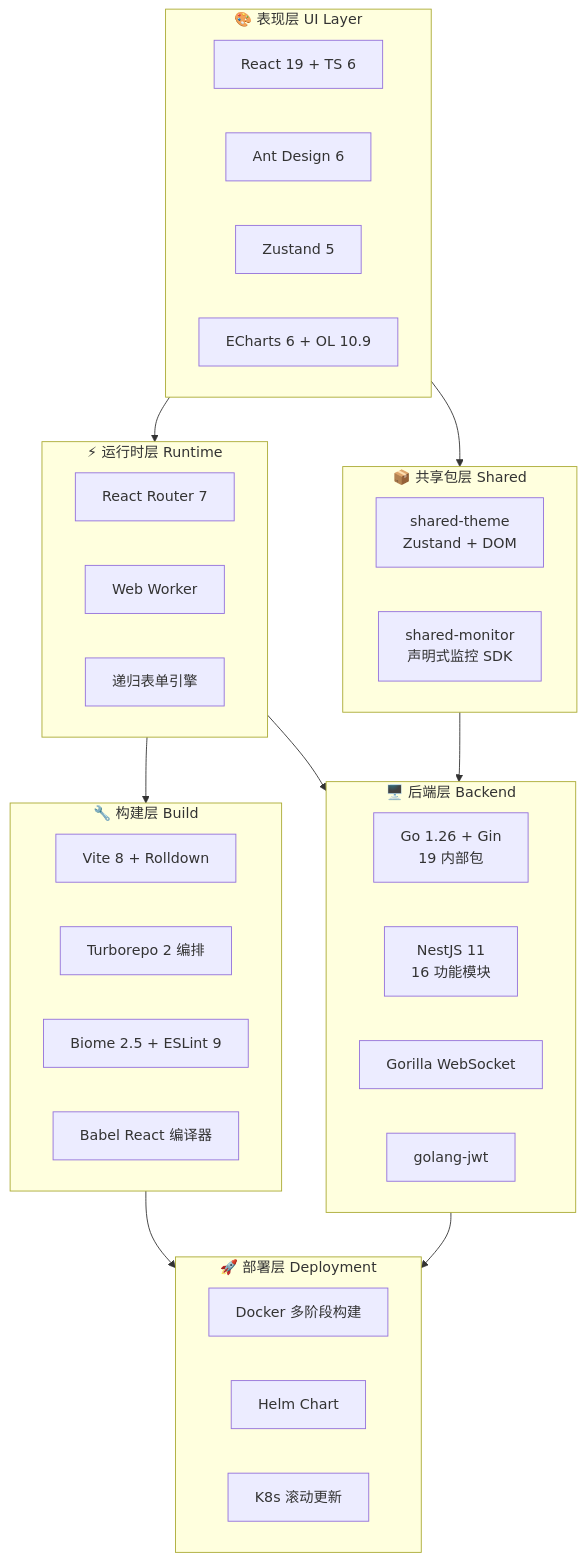
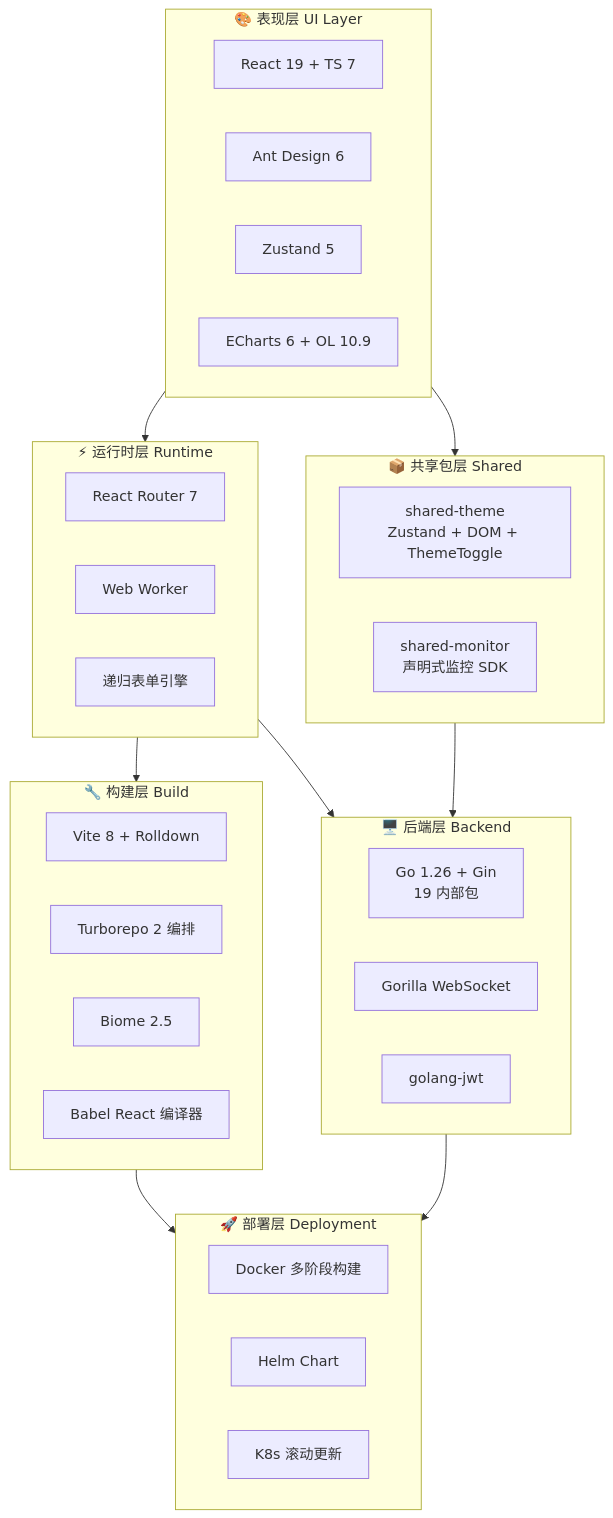
The second of 6 diagrams in docs/WIKI.md (KMaybe01/interview-demo), drawn with Mermaid before and after one commit. The commit also changed other lines of this file and 8 other files, not shown here.

````diff
--- a/docs/WIKI.md
+++ b/docs/WIKI.md
@@ -75,46 +77,45 @@
 ```mermaid
 graph TB
     subgraph UI["🎨 表现层 UI Layer"]
-        React["React 19 + TS 6"]
+        React["React 19 + TS 7"]
         Antd["Ant Design 6"]
         Zustand["Zustand 5"]
         Charts["ECharts 6 + OL 10.9"]
     end
 
     subgraph Runtime["⚡ 运行时层 Runtime"]
         Router["React Router 7"]
         Worker["Web Worker"]
         Form["递归表单引擎"]
     end
 
     subgraph Build["🔧 构建层 Build"]
         Vite["Vite 8 + Rolldown"]
         Turbo["Turborepo 2 编排"]
-        Biome["Biome 2.5 + ESLint 9"]
+        Biome["Biome 2.5"]
         Babel["Babel React 编译器"]
     end
 
     subgraph Backend["🖥️ 后端层 Backend"]
         Go["Go 1.26 + Gin<br/>19 内部包"]
-        Nest["NestJS 11<br/>16 功能模块"]
         WS["Gorilla WebSocket"]
         JWT["golang-jwt"]
     end
 
     subgraph Shared["📦 共享包层 Shared"]
-        Theme["shared-theme<br/>Zustand + DOM"]
+        Theme["shared-theme<br/>Zustand + DOM + ThemeToggle"]
         Monitor["shared-monitor<br/>声明式监控 SDK"]
     end
 
     subgraph Deploy["🚀 部署层 Deployment"]
         Docker["Docker 多阶段构建"]
         Helm["Helm Chart"]
         K8s["K8s 滚动更新"]
     end
 
     UI --> Runtime --> Build
     UI --> Shared --> Backend
     Runtime --> Backend
     Build --> Deploy
     Backend --> Deploy
 ```
````
